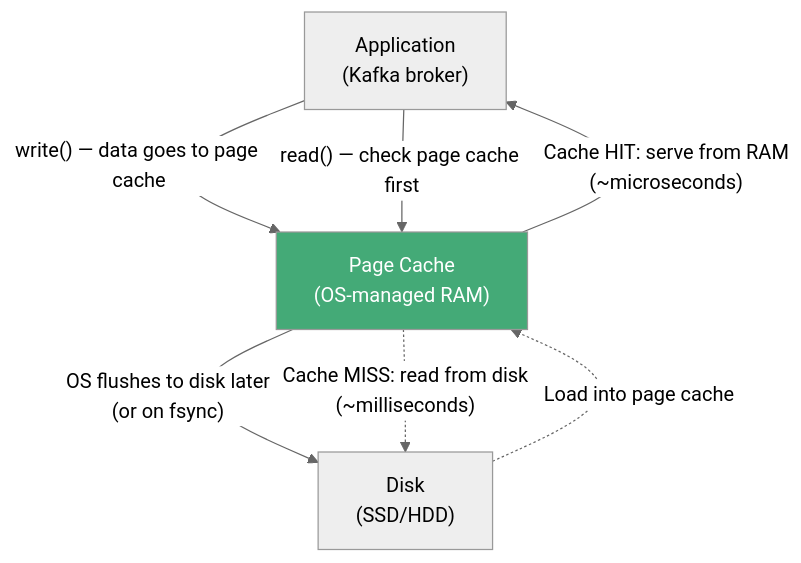
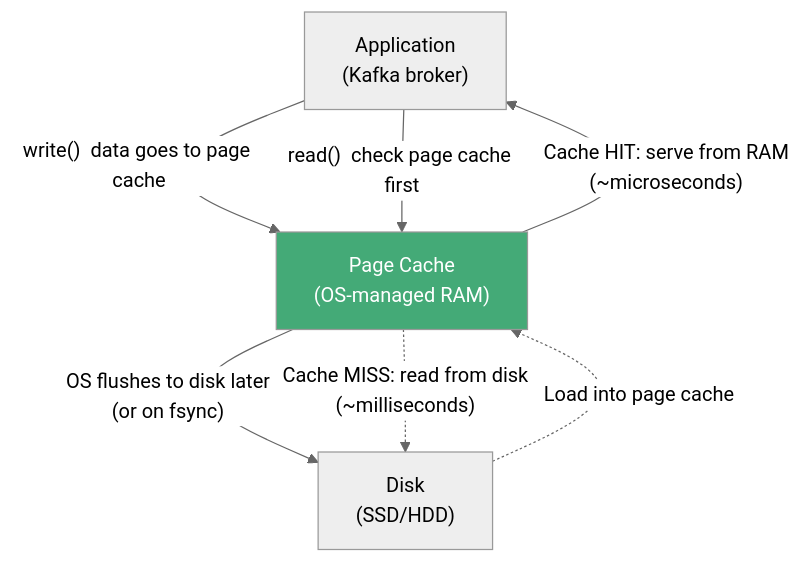
The fourth of 7 diagrams in Kafka/kafka-deep-dive-part-0.md (Sachinchaurasiya360/Article), drawn with Mermaid (neutral theme) before and after one commit. The commit also changed other lines of this file and 73 other files, not shown here.

````diff
--- a/Kafka/kafka-deep-dive-part-0.md
+++ b/Kafka/kafka-deep-dive-part-0.md
@@ -347,16 +347,16 @@
 ```mermaid
 flowchart TD
     APP["Application<br/>(Kafka broker)"]
     PC["Page Cache<br/>(OS-managed RAM)"]
     DISK["Disk<br/>(SSD/HDD)"]
 
-    APP -->|"write() — data goes to page cache"| PC
+    APP -->|"write()  data goes to page cache"| PC
     PC -->|"OS flushes to disk later<br/>(or on fsync)"| DISK
 
-    APP -->|"read() — check page cache first"| PC
+    APP -->|"read()  check page cache first"| PC
     PC -->|"Cache HIT: serve from RAM<br/>(~microseconds)"| APP
     PC -.->|"Cache MISS: read from disk<br/>(~milliseconds)"| DISK
     DISK -.->|"Load into page cache"| PC
 
     style PC fill:#4a7,color:#fff
 ```
````
